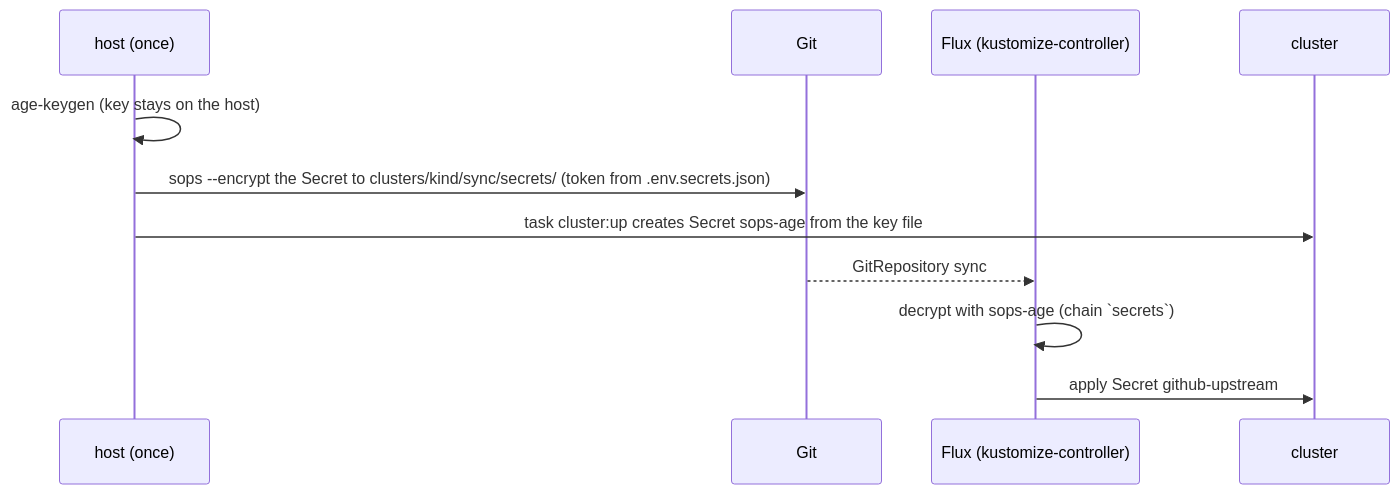
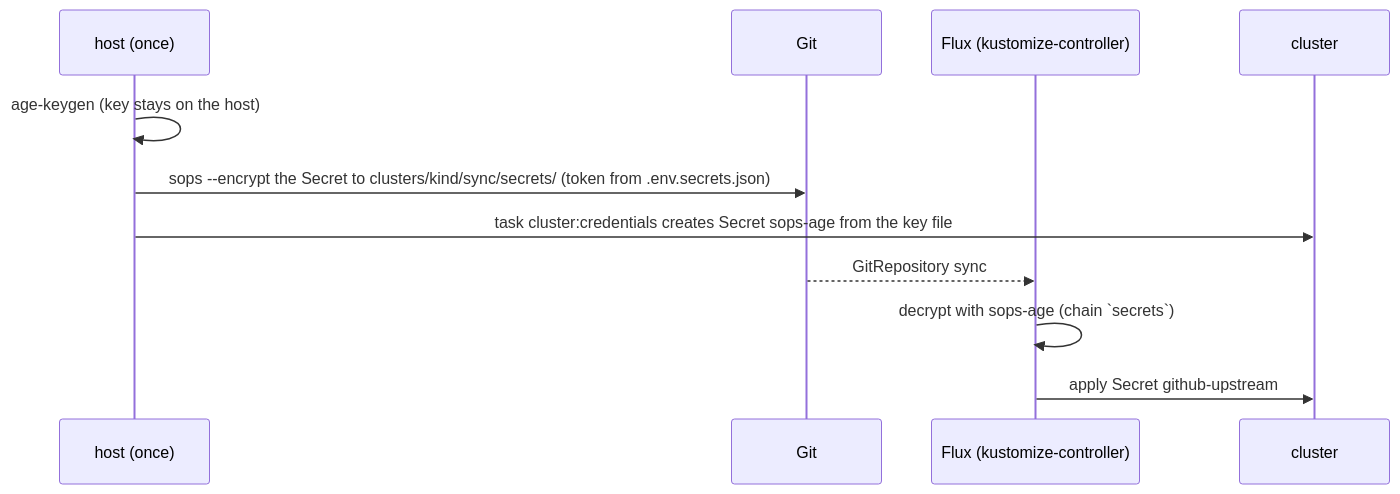
Before and after one commit to raghav19/engineersdaybook: the fourth of 4 diagrams in code/mcp-sandbox/part-3-mcp-guardrails/README.md, drawn with Mermaid. The commit also changed other lines of this file and 2 other files, not shown here.

First line of the commit message:
fix: cluster:up needs no credential, cluster:credentials creates sops-age and ghcr-pull

````diff
--- a/code/mcp-sandbox/part-3-mcp-guardrails/README.md
+++ b/code/mcp-sandbox/part-3-mcp-guardrails/README.md
@@ -131,14 +131,14 @@
 ```mermaid
 sequenceDiagram
     participant H as host (once)
     participant G as Git
     participant F as Flux (kustomize-controller)
     participant K as cluster
 
     H->>H: age-keygen (key stays on the host)
     H->>G: sops --encrypt the Secret to clusters/kind/sync/secrets/ (token from .env.secrets.json)
-    H->>K: task cluster:up creates Secret sops-age from the key file
+    H->>K: task cluster:credentials creates Secret sops-age from the key file
     G-->>F: GitRepository sync
     F->>F: decrypt with sops-age (chain `secrets`)
     F->>K: apply Secret github-upstream
 ```
````
